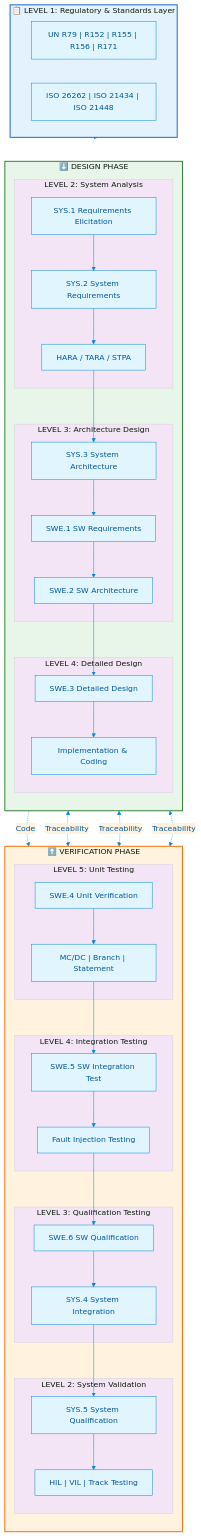
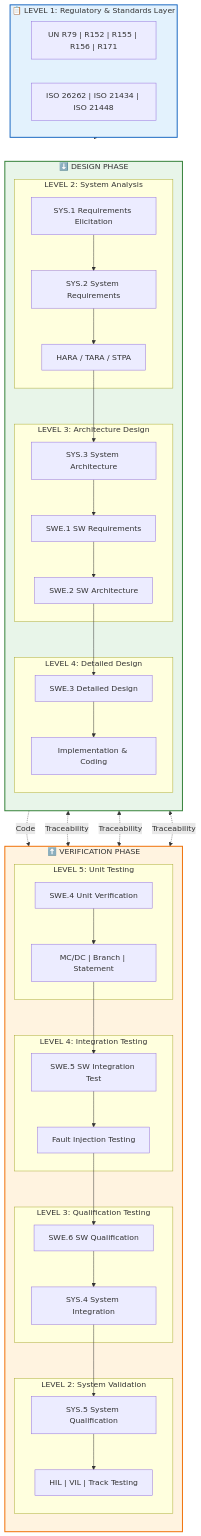
One commit to michaellinhq/automotive-develop-architecture changed the diagram in docs/index.md. Above: the diagram before and after it, drawn with Mermaid. The commit also changed other lines of this file and 1 other file, not shown here.

````diff
--- a/docs/index.md
+++ b/docs/index.md
@@ -42,71 +31,70 @@
 ```mermaid
-%%{init: {'theme': 'base', 'themeVariables': { 'primaryColor': '#e1f5fe', 'primaryTextColor': '#01579b', 'primaryBorderColor': '#0288d1', 'lineColor': '#0288d1', 'secondaryColor': '#fff3e0', 'tertiaryColor': '#f3e5f5'}}}%%
 flowchart TB
     subgraph Level1["📋 LEVEL 1: Regulatory & Standards Layer"]
         direction LR
         REG["UN R79 | R152 | R155 | R156 | R171"]
         STD["ISO 26262 | ISO 21434 | ISO 21448"]
     end
 
     subgraph LeftSide["⬇️ DESIGN PHASE"]
         direction TB
         subgraph Level2_L["LEVEL 2: System Analysis"]
             SYS1["SYS.1 Requirements Elicitation"]
             SYS2["SYS.2 System Requirements"]
             HARA["HARA / TARA / STPA"]
         end
         
         subgraph Level3_L["LEVEL 3: Architecture Design"]
             SYS3["SYS.3 System Architecture"]
             SWE1["SWE.1 SW Requirements"]
             SWE2["SWE.2 SW Architecture"]
         end
         
         subgraph Level4_L["LEVEL 4: Detailed Design"]
             SWE3["SWE.3 Detailed Design"]
             IMPL["Implementation & Coding"]
         end
     end
 
     subgraph RightSide["⬆️ VERIFICATION PHASE"]
         direction TB
         subgraph Level5_R["LEVEL 5: Unit Testing"]
             SWE4["SWE.4 Unit Verification"]
             COVERAGE["MC/DC | Branch | Statement"]
         end
         
         subgraph Level4_R["LEVEL 4: Integration Testing"]
             SWE5["SWE.5 SW Integration Test"]
             FAULT["Fault Injection Testing"]
         end
         
         subgraph Level3_R["LEVEL 3: Qualification Testing"]
             SWE6["SWE.6 SW Qualification"]
             SYS4["SYS.4 System Integration"]
         end
         
         subgraph Level2_R["LEVEL 2: System Validation"]
             SYS5["SYS.5 System Qualification"]
             VAL["HIL | VIL | Track Testing"]
         end
     end
 
     Level1 --> Level2_L
     SYS1 --> SYS2 --> HARA
     HARA --> SYS3 --> SWE1 --> SWE2
     SWE2 --> SWE3 --> IMPL
 
     IMPL -.->|"Code"| SWE4
     SWE4 --> COVERAGE
     COVERAGE --> SWE5 --> FAULT
     FAULT --> SWE6 --> SYS4
     SYS4 --> SYS5 --> VAL
 
     SYS2 <-.->|"Traceability"| SYS5
     SWE2 <-.->|"Traceability"| SWE5
     SWE3 <-.->|"Traceability"| SWE4
 
     style Level1 fill:#e3f2fd,stroke:#1565c0,stroke-width:2px
     style LeftSide fill:#e8f5e9,stroke:#2e7d32,stroke-width:2px
     style RightSide fill:#fff3e0,stroke:#ef6c00,stroke-width:2px
 ```
````
